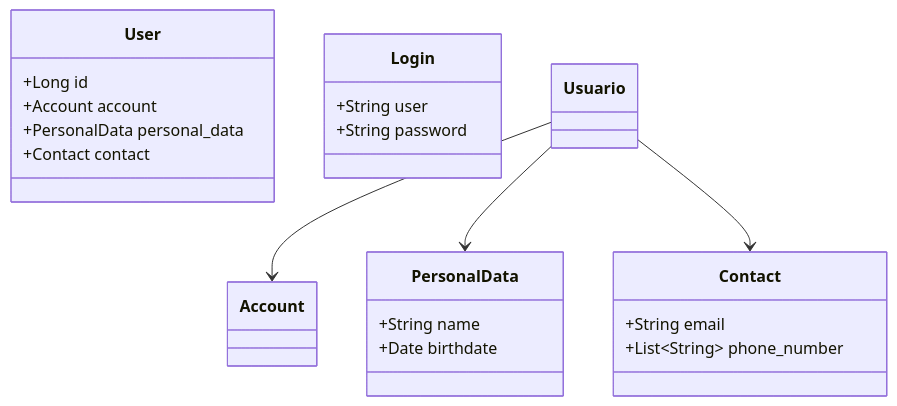
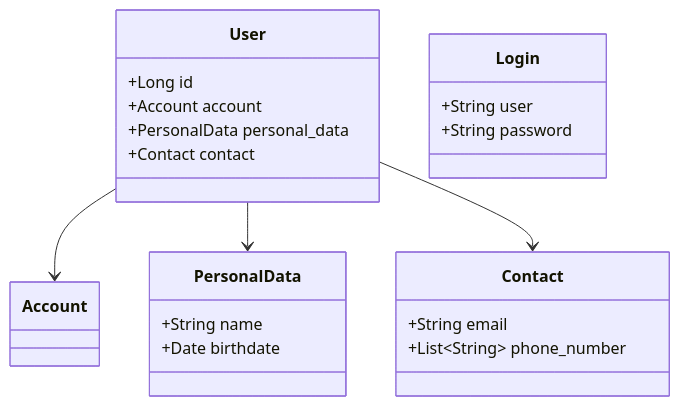
One commit to JohnnyHamano/dio-lab-api-rest-cloud changed the first of 3 diagrams in README.md. Above: the diagram before and after it, drawn with Mermaid.

Commit message:
Fixed class name in diagram.

````diff
--- a/README.md
+++ b/README.md
@@ -8,28 +8,28 @@
 ```mermaid
 classDiagram
     class User {
         +Long id
         +Account account
         +PersonalData personal_data
         +Contact contact
     }
 
     class Login {
         +String user
         +String password
     }
 
     class PersonalData {
         +String name
         +Date birthdate
     }
 
     class Contact {
         +String email
         +List~String~ phone_number
     }
 
-    Usuario --> Account
-    Usuario --> PersonalData
-    Usuario --> Contact
+    User --> Account
+    User --> PersonalData
+    User --> Contact
 ```
````
